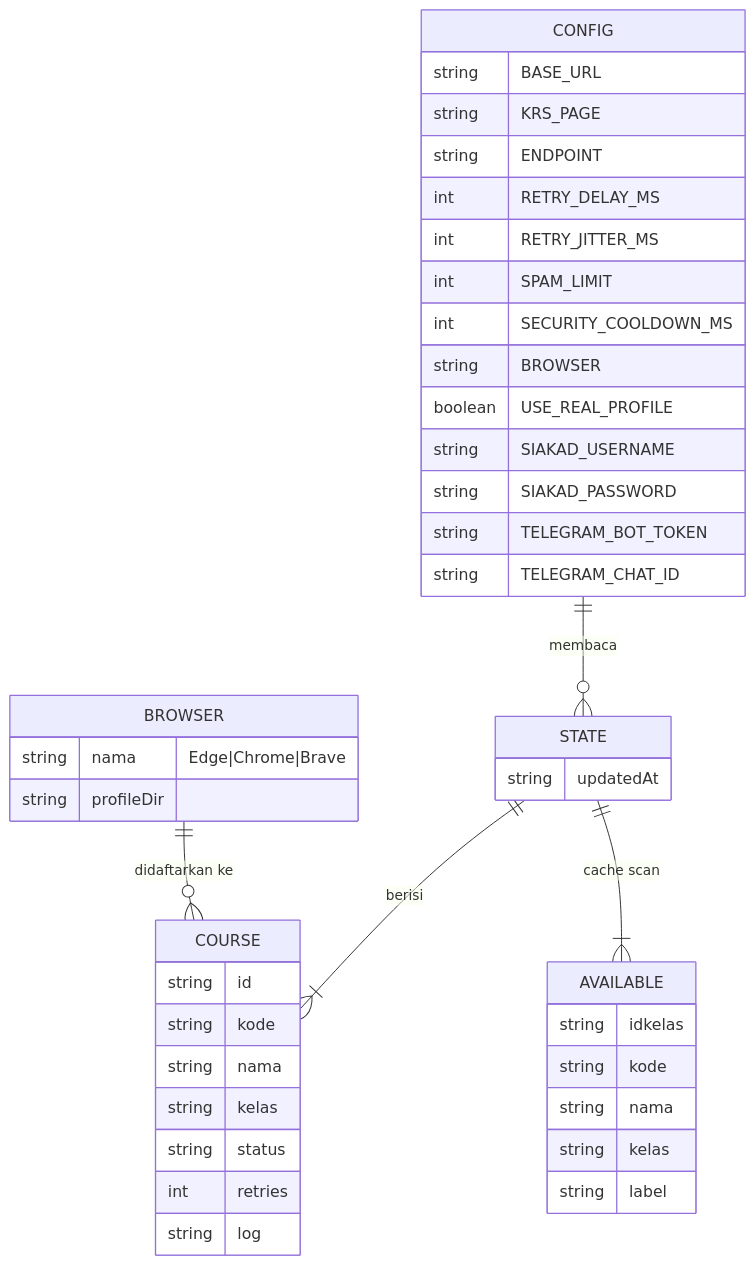
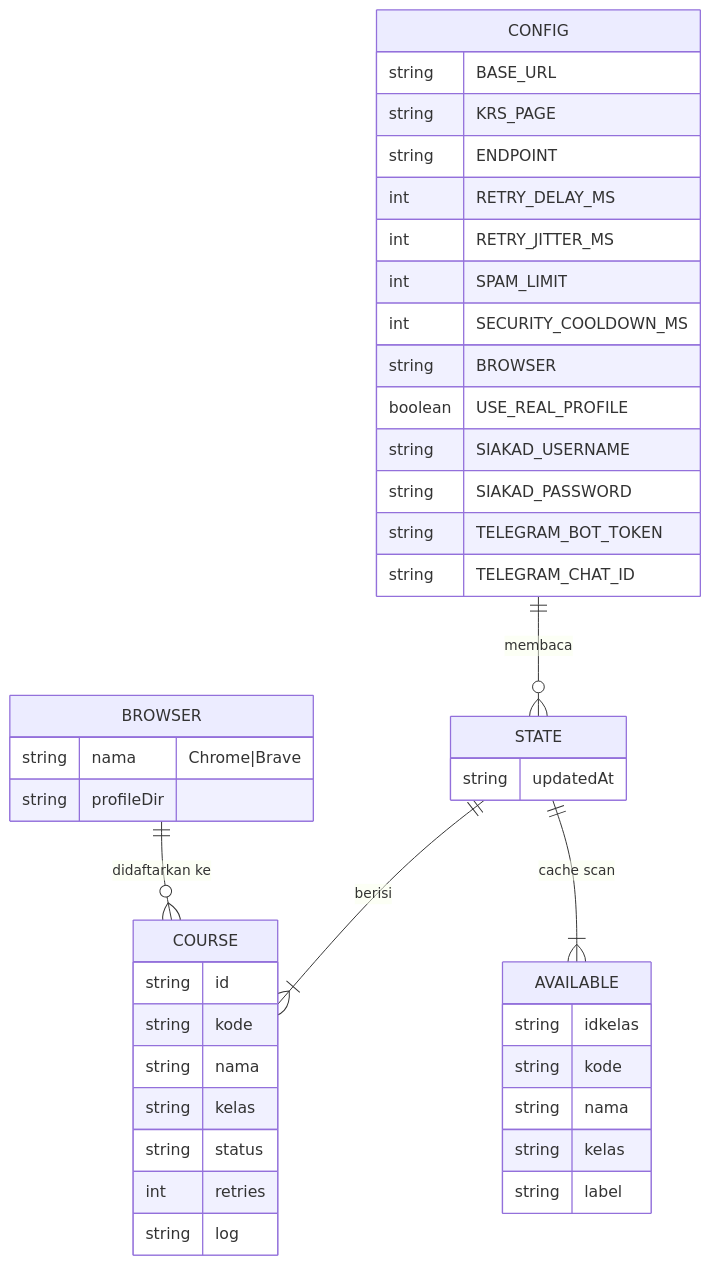
One commit to udinvoldigoad/WarKRS_ITERA changed the third of 3 diagrams in README.md. Above: the diagram before and after it, drawn with Mermaid. The commit also changed other lines of this file and 2 other files, not shown here.

Commit message:
hapus opsi edge

````diff
--- a/README.md
+++ b/README.md
@@ -72,45 +72,45 @@
 ```mermaid
 erDiagram
     CONFIG ||--o{ STATE : "membaca"
     CONFIG {
         string BASE_URL
         string KRS_PAGE
         string ENDPOINT
         int RETRY_DELAY_MS
         int RETRY_JITTER_MS
         int SPAM_LIMIT
         int SECURITY_COOLDOWN_MS
         string BROWSER
         boolean USE_REAL_PROFILE
         string SIAKAD_USERNAME
         string SIAKAD_PASSWORD
         string TELEGRAM_BOT_TOKEN
         string TELEGRAM_CHAT_ID
     }
     STATE ||--|{ COURSE : "berisi"
     STATE ||--|{ AVAILABLE : "cache scan"
     STATE {
         string updatedAt
     }
     COURSE {
         string id
         string kode
         string nama
         string kelas
         string status
         int retries
         string log
     }
     AVAILABLE {
         string idkelas
         string kode
         string nama
         string kelas
         string label
     }
     BROWSER ||--o{ COURSE : "didaftarkan ke"
     BROWSER {
-        string nama "Edge|Chrome|Brave"
+        string nama "Chrome|Brave"
         string profileDir
     }
 ```
````
